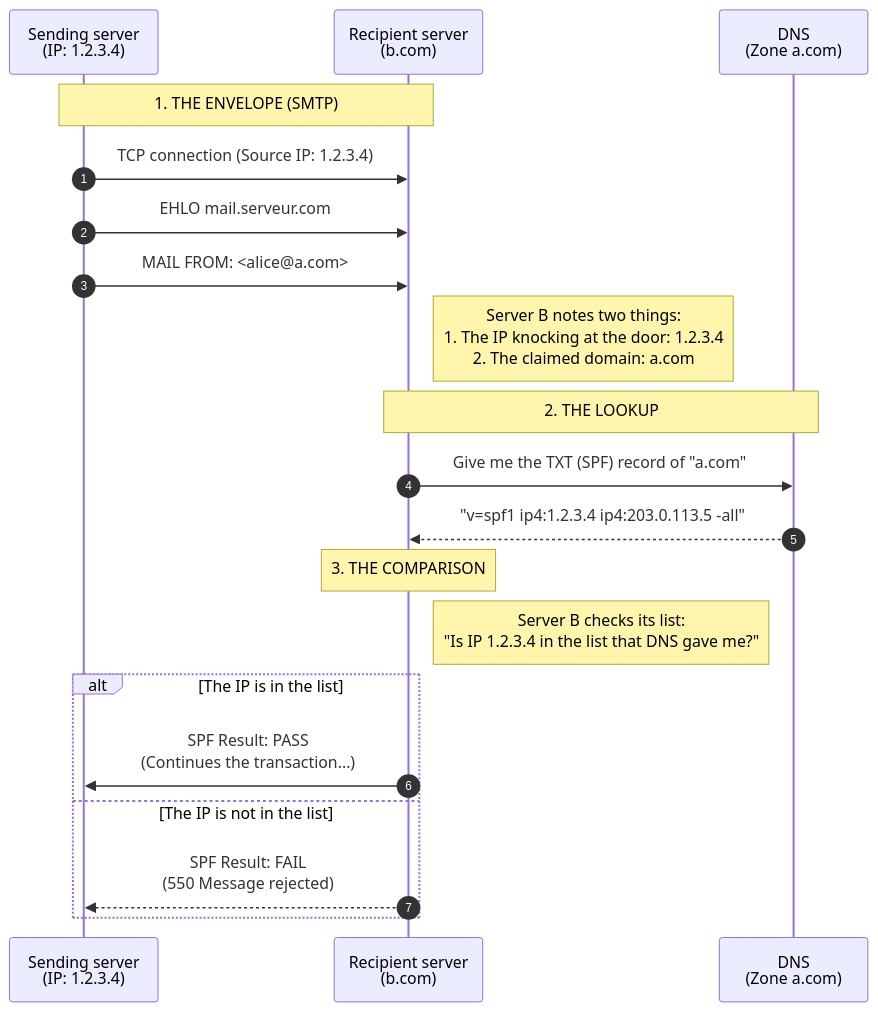
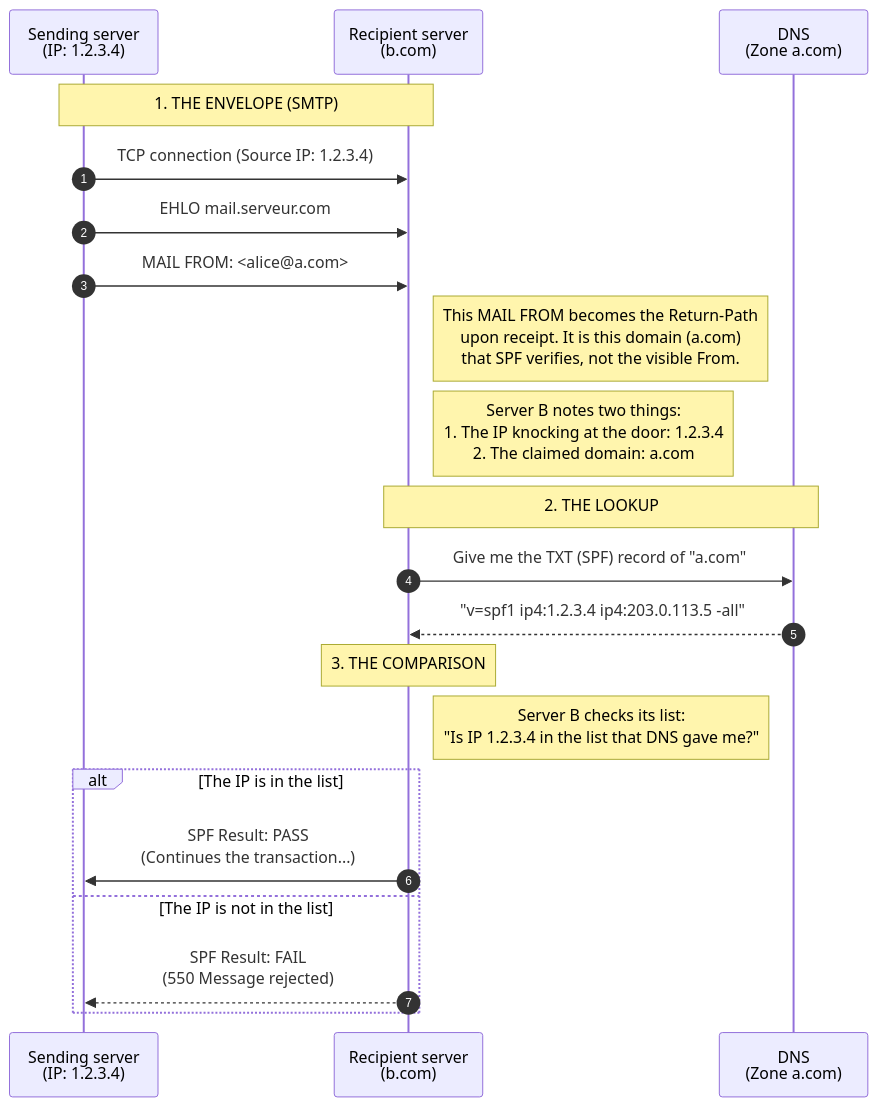
Before and after one commit to Yanal-Yves/blog: the diagram in content.en/antispoofing-e-mail/04-spf-sender-policy-framework.md, drawn with Mermaid. The commit also changed other lines of this file and 1 other file, not shown here.

First line of the commit message:
Article SPF (4/9) : rappel MAIL FROM = Return-Path

````diff
--- a/content.en/antispoofing-e-mail/04-spf-sender-policy-framework.md
+++ b/content.en/antispoofing-e-mail/04-spf-sender-policy-framework.md
@@ -16,28 +19,29 @@
 ```mermaid
 sequenceDiagram
   autonumber
   %% --- Acteurs ---
   participant Sender as Sending server<br/>(IP: 1.2.3.4)
   participant Receiver as Recipient server<br/>(b.com)
   participant DNS as DNS<br/>(Zone a.com)
  %% --- Étape 1 : Le transport ---
   Note over Sender, Receiver: 1. THE ENVELOPE (SMTP)
   Sender->>Receiver: TCP connection (Source IP: 1.2.3.4)
   Sender->>Receiver: EHLO mail.serveur.com
   Sender->>Receiver: MAIL FROM: <alice@a.com>
+  Note right of Receiver: This MAIL FROM becomes the Return-Path<br/>upon receipt. It is this domain (a.com)<br/>that SPF verifies, not the visible From.
   
   %% --- Le déclencheur ---
   Note right of Receiver: Server B notes two things:<br/>1. The IP knocking at the door: 1.2.3.4<br/>2. The claimed domain: a.com
  %% --- Étape 2 : La consultation ---
   Note over Receiver, DNS: 2. THE LOOKUP
   Receiver->>DNS: Give me the TXT (SPF) record of "a.com"
   DNS-->>Receiver: "v=spf1 ip4:1.2.3.4 ip4:203.0.113.5 -all"
  %% --- Étape 3 : La décision ---
   Note over Receiver: 3. THE COMPARISON
   Note right of Receiver: Server B checks its list:<br/>"Is IP 1.2.3.4 in the list that DNS gave me?"
  alt The IP is in the list
     Receiver->>Sender: SPF Result: PASS<br/>(Continues the transaction...)
   else The IP is not in the list
     Receiver-->>Sender: SPF Result: FAIL<br/>(550 Message rejected)
 end
 ```
````
